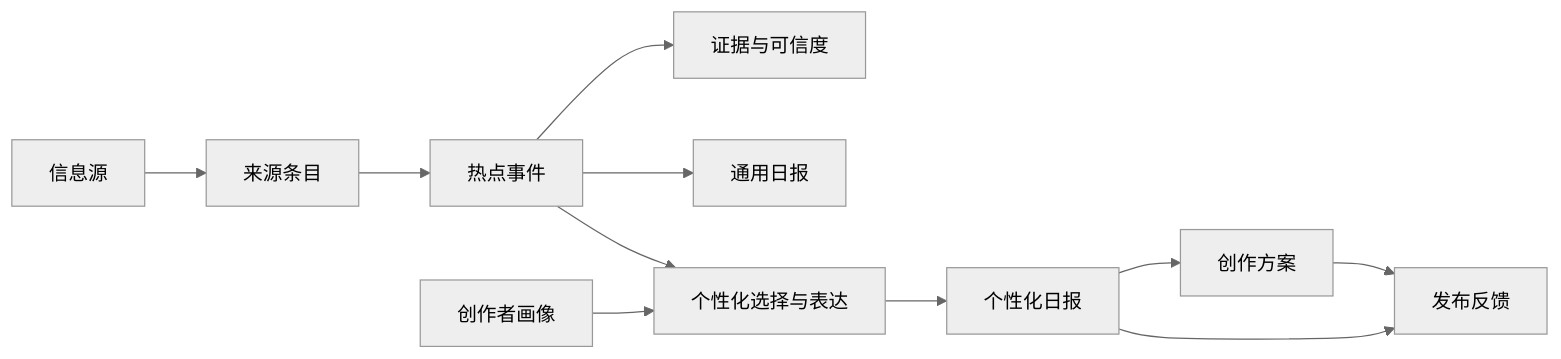
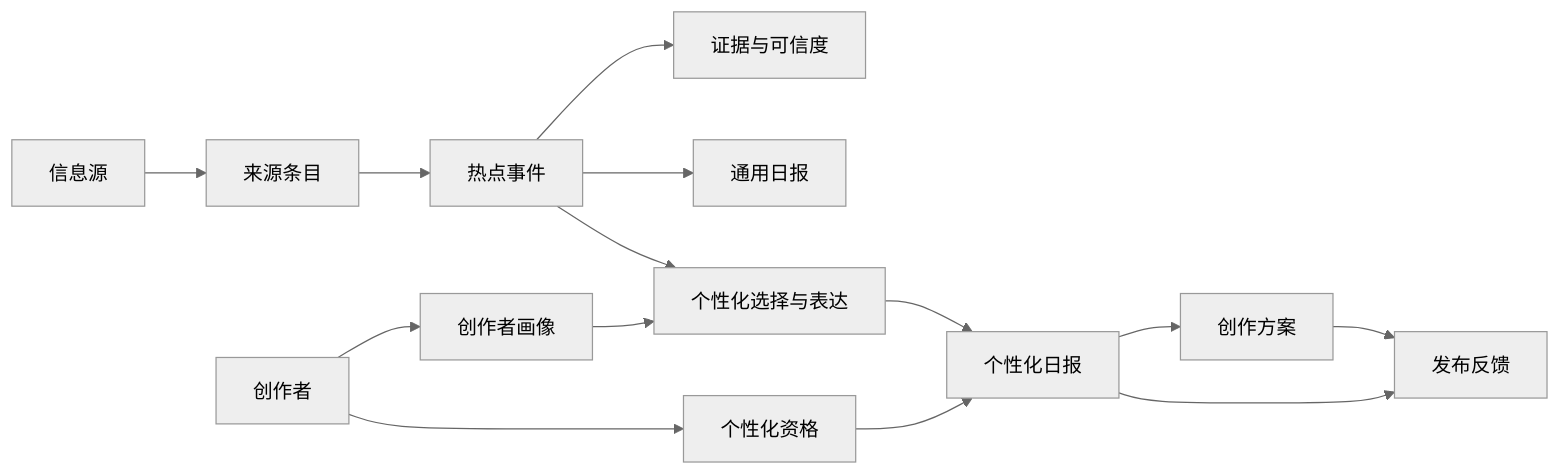
The diagram in PRD.md (chenjieliefu/bulehourdaily), drawn with Mermaid (neutral theme) before and after one commit. The commit also changed other lines of this file and 71 other files, not shown here.

````diff
--- a/PRD.md
+++ b/PRD.md
@@ -482,13 +522,16 @@
 ```mermaid
 flowchart LR
     S["信息源"] --> SI["来源条目"]
     SI --> HE["热点事件"]
     HE --> E["证据与可信度"]
     HE --> PDR["通用日报"]
     CP["创作者画像"] --> R["个性化选择与表达"]
     HE --> R
     R --> SDR["个性化日报"]
     SDR --> TP["创作方案"]
-    SDR --> F["发布反馈"]
-    TP --> F
+    SDR --> PF["发布反馈"]
+    TP --> PF
+    C["创作者"] --> CP
+    C --> EN["个性化资格"]
+    EN --> SDR
 ```
````
